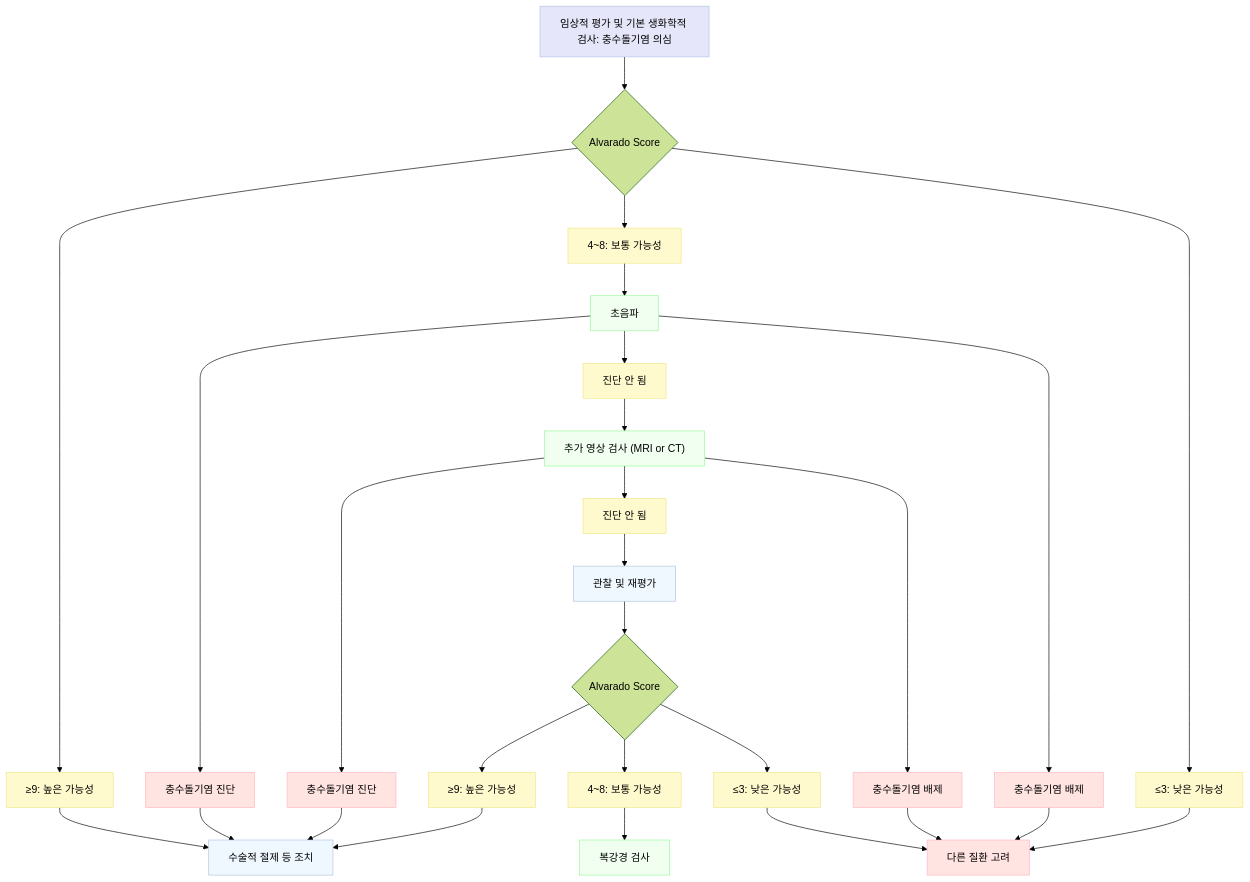
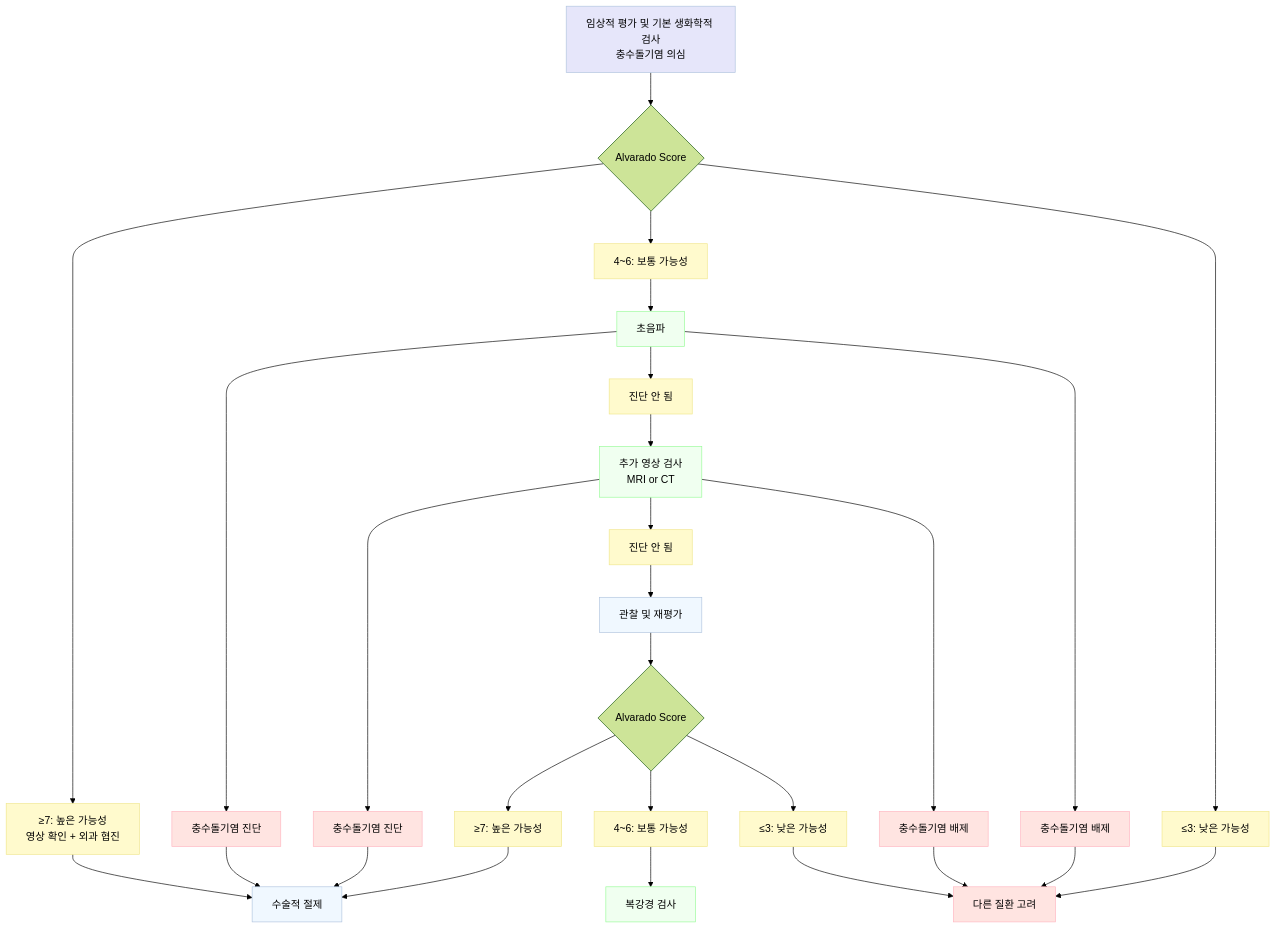
One commit to familyoh77/familyoh77 changed the diagram in 224_/088_-acute-appendicitis.md. Above: the diagram before and after it, drawn with Mermaid (forest theme). The commit also changed other lines of this file, not shown here.

````diff
--- a/224_/088_-acute-appendicitis.md
+++ b/224_/088_-acute-appendicitis.md
@@ -108,14 +126,14 @@
 ```mermaid
 graph TD
     %% 메인 흐름
-    Start["임상적 평가 및 기본 생화학적 검사: 충수돌기염 의심"]
+    Start["임상적 평가 및 기본 생화학적 검사<br/>충수돌기염 의심"]
     Alvarado1{"Alvarado Score"}
     
     Start --> Alvarado1
 
     %% Alvarado Score 1차 분류
-    High1["≥9: 높은 가능성"]
-    Mid1["4~8: 보통 가능성"]
+    High1["≥7: 높은 가능성<br/>영상 확인 + 외과 협진"]
+    Mid1["4~6: 보통 가능성"]
     Low1["≤3: 낮은 가능성"]
 
     Alvarado1 --> High1
@@ -135,7 +153,7 @@
     US --> US_Ex
 
     %% 추가 영상 검사 단계
-    AddImg["추가 영상 검사 (MRI or CT)"]
+    AddImg["추가 영상 검사<br/>MRI or CT"]
     US_Incon --> AddImg
 
     Img_Dx["충수돌기염 진단"]
@@ -154,15 +172,15 @@
     Obs --> Alvarado2
 
     %% Alvarado Score 2차 분류 및 최종 조치
-    High2["≥9: 높은 가능성"]
-    Mid2["4~8: 보통 가능성"]
+    High2["≥7: 높은 가능성"]
+    Mid2["4~6: 보통 가능성"]
     Low2["≤3: 낮은 가능성"]
 
     Alvarado2 --> High2
     Alvarado2 --> Mid2
     Alvarado2 --> Low2
 
-    Surgery["수술적 절제 등 조치"]
+    Surgery["수술적 절제"]
     Laparoscopy["복강경 검사"]
     OtherDx["다른 질환 고려"]
 
@@ -179,9 +197,9 @@
     US_Ex --> OtherDx
     Img_Ex --> OtherDx
 
-    %% 개별 노드 스타일 직접 지정 (호환성 극대화)
+    %% 스타일
     style Start fill:#E6E6FA,stroke:#B0C4DE,stroke-width:1px
-    
+
     style High1 fill:#FFFACD,stroke:#F0E68C,stroke-width:1px
     style Mid1 fill:#FFFACD,stroke:#F0E68C,stroke-width:1px
     style Low1 fill:#FFFACD,stroke:#F0E68C,stroke-width:1px
````
